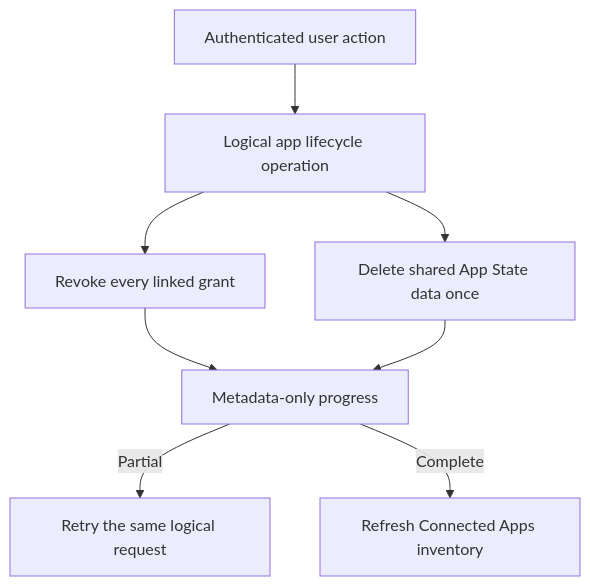
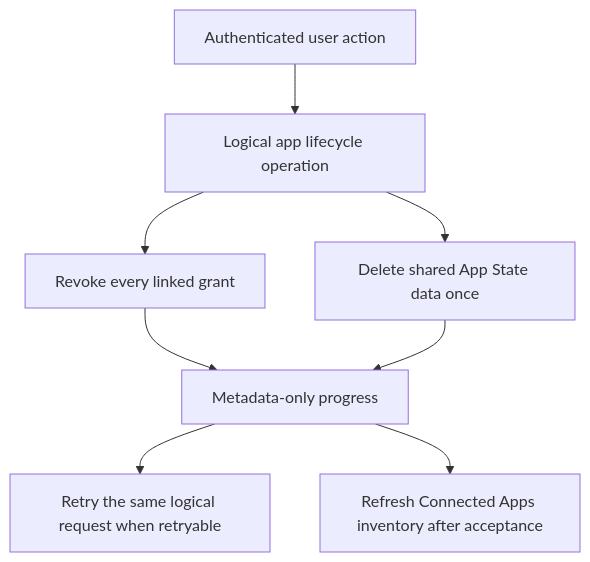
Before and after one commit to quran/qf-api-docs: the diagram in docs/user_related_apis_prelive/app-state/lifecycle.mdx, drawn with Mermaid. The commit also changed other lines of this file and 6 other files, not shown here.

````diff
--- a/docs/user_related_apis_prelive/app-state/lifecycle.mdx
+++ b/docs/user_related_apis_prelive/app-state/lifecycle.mdx
@@ -41,10 +58,10 @@
 ```mermaid
 flowchart TD
     U[Authenticated user action] --> L[Logical app lifecycle operation]
     L --> R[Revoke every linked grant]
     L --> D[Delete shared App State data once]
     R --> P[Metadata-only progress]
     D --> P
-    P -->|Partial| T[Retry the same logical request]
-    P -->|Complete| F[Refresh Connected Apps inventory]
+    P --> T[Retry the same logical request when retryable]
+    P --> F[Refresh Connected Apps inventory after acceptance]
 ```
````
